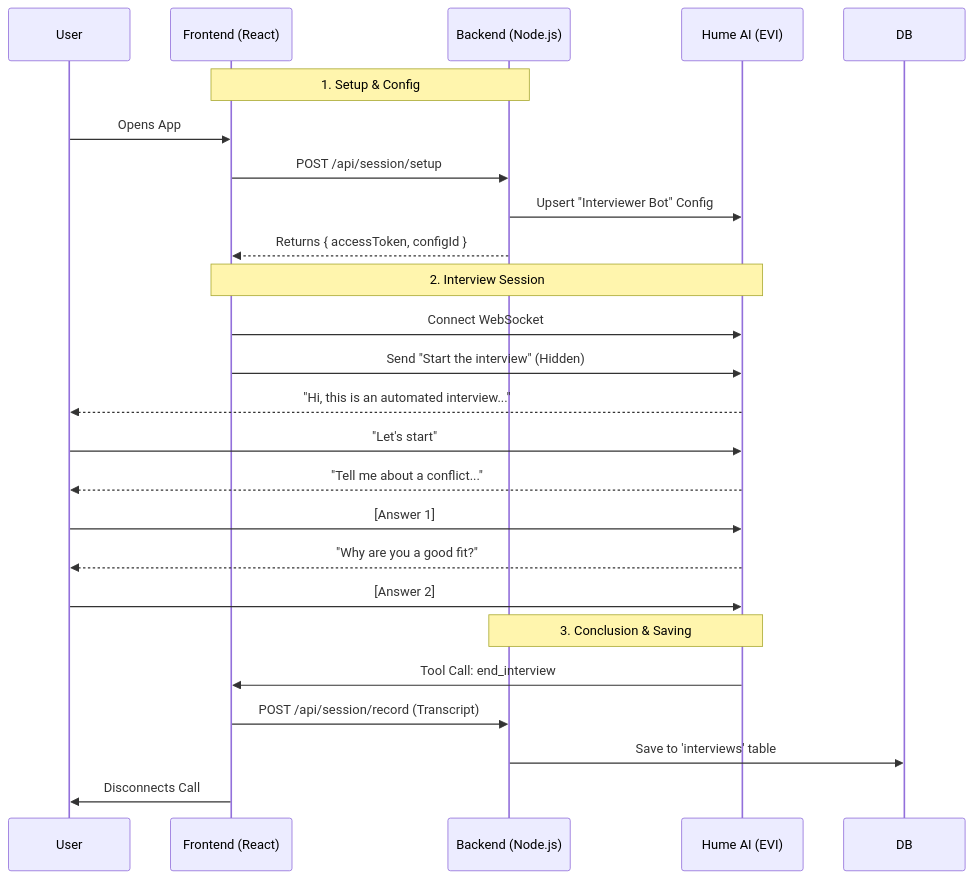
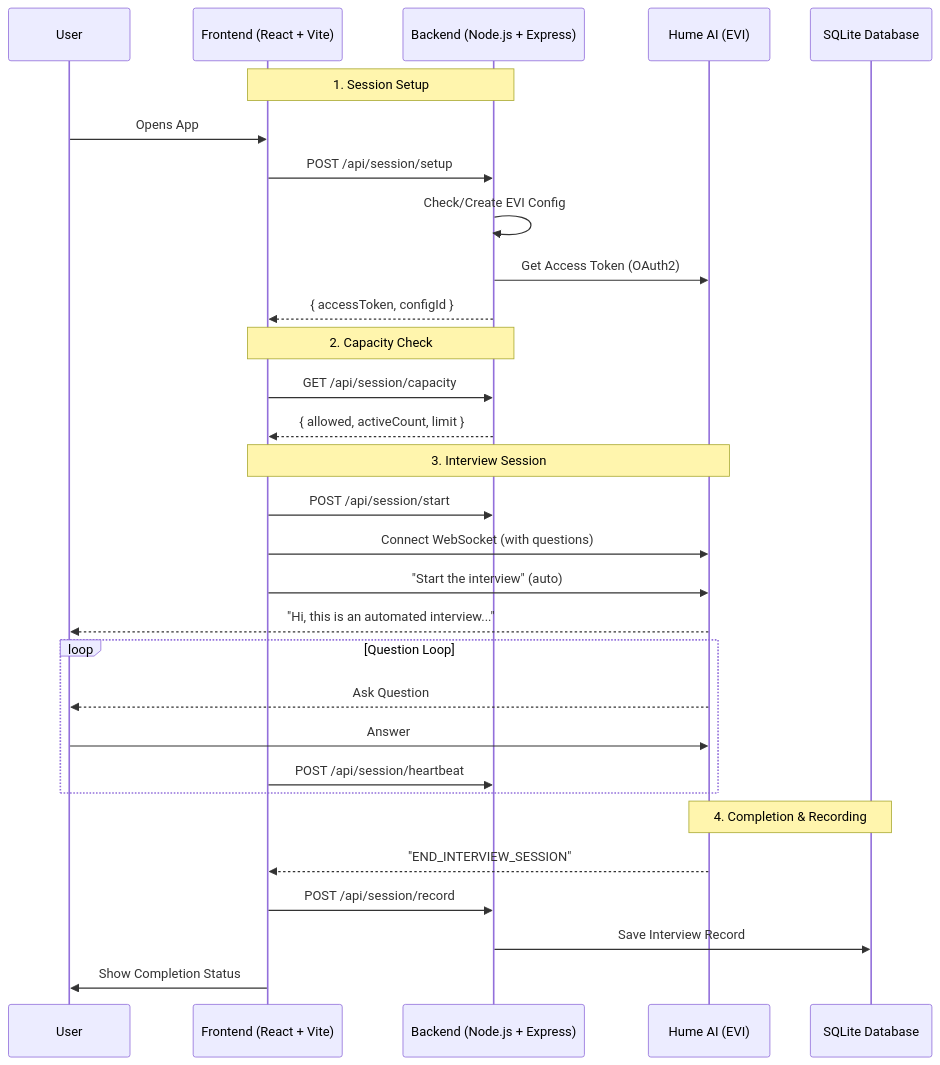
Before and after one commit to KaushalKishorMishra/hume-ai-poc: the diagram in README.md, drawn with Mermaid. The commit also changed other lines of this file and 23 other files, not shown here.

````diff
--- a/README.md
+++ b/README.md
@@ -13,29 +16,37 @@
 ```mermaid
 sequenceDiagram
     participant User
-    participant Frontend as Frontend (React)
-    participant Backend as Backend (Node.js)
+    participant Frontend as Frontend (React + Vite)
+    participant Backend as Backend (Node.js + Express)
     participant Hume as Hume AI (EVI)
+    participant DB as SQLite Database
 
-    Note over Frontend, Backend: 1. Setup & Config
+    Note over Frontend, Backend: 1. Session Setup
     User->>Frontend: Opens App
     Frontend->>Backend: POST /api/session/setup
-    Backend->>Hume: Upsert "Interviewer Bot" Config
-    Backend-->>Frontend: Returns { accessToken, configId }
+    Backend->>Backend: Check/Create EVI Config
+    Backend->>Hume: Get Access Token (OAuth2)
+    Backend-->>Frontend: { accessToken, configId }
 
-    Note over Frontend, Hume: 2. Interview Session
-    Frontend->>Hume: Connect WebSocket
-    Frontend->>Hume: Send "Start the interview" (Hidden)
+    Note over Frontend, Backend: 2. Capacity Check
+    Frontend->>Backend: GET /api/session/capacity
+    Backend-->>Frontend: { allowed, activeCount, limit }
+
+    Note over Frontend, Hume: 3. Interview Session
+    Frontend->>Backend: POST /api/session/start
+    Frontend->>Hume: Connect WebSocket (with questions)
+    Frontend->>Hume: "Start the interview" (auto)
     Hume-->>User: "Hi, this is an automated interview..."
-    User->>Hume: "Let's start"
-    Hume-->>User: "Tell me about a conflict..."
-    User->>Hume: [Answer 1]
-    Hume-->>User: "Why are you a good fit?"
-    User->>Hume: [Answer 2]
     
-    Note over Hume, Backend: 3. Conclusion & Saving
-    Hume->>Frontend: Tool Call: end_interview
-    Frontend->>Backend: POST /api/session/record (Transcript)
-    Backend->>DB: Save to 'interviews' table
-    Frontend->>User: Disconnects Call
+    loop Question Loop
+        Hume-->>User: Ask Question
+        User->>Hume: Answer
+        Frontend->>Backend: POST /api/session/heartbeat
+    end
+    
+    Note over Hume, DB: 4. Completion & Recording
+    Hume-->>Frontend: "END_INTERVIEW_SESSION"
+    Frontend->>Backend: POST /api/session/record
+    Backend->>DB: Save Interview Record
+    Frontend->>User: Show Completion Status
 ```
````
